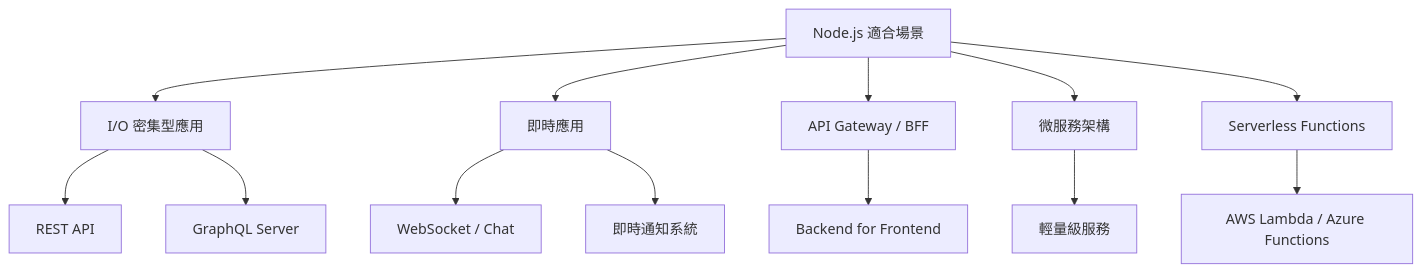
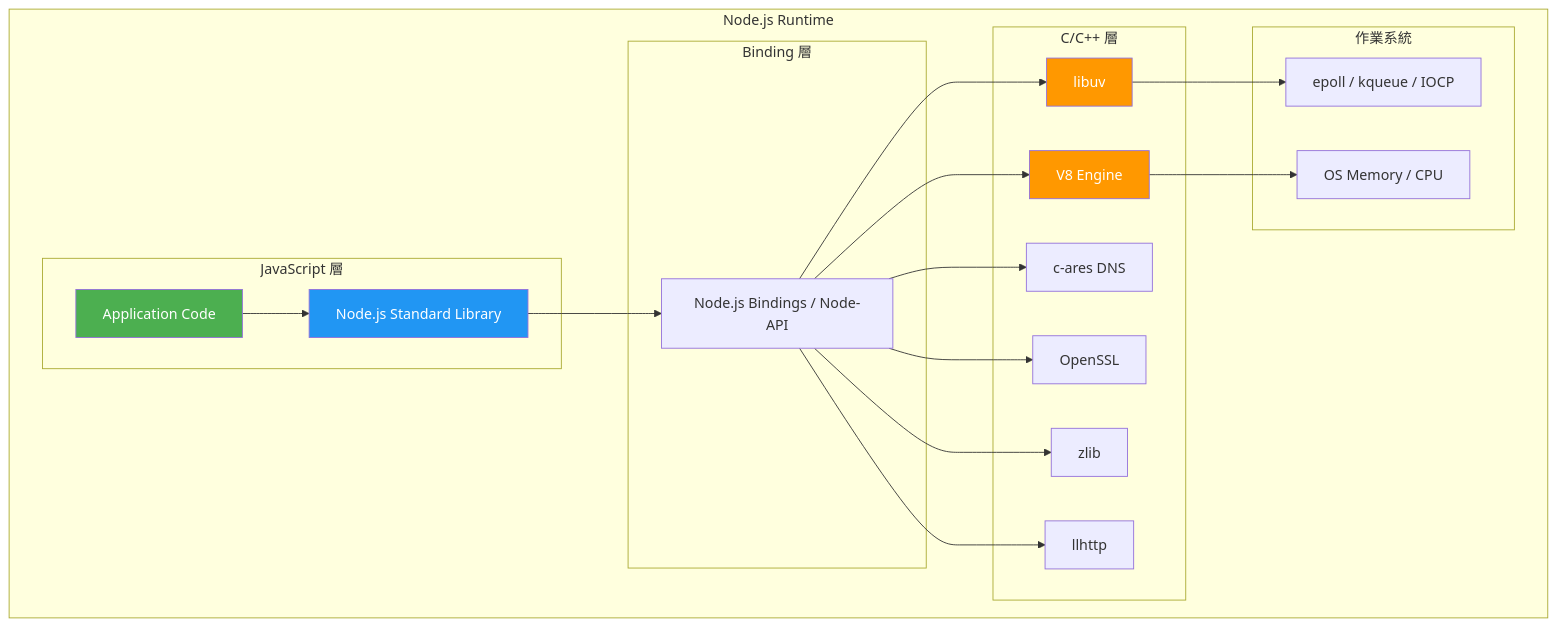
The first of 30 diagrams in content/posts/教學/framework/Node.js生態系教學手冊.md (chihhung/Blog), drawn with Mermaid before and after one commit. The commit also changed other lines of this file, not shown here.

Commit message:
更新 Node.js 生態系教學手冊

````diff
--- a/content/posts/教學/framework/Node.js生態系教學手冊.md
+++ b/content/posts/教學/framework/Node.js生態系教學手冊.md
@@ -136,16 +325,31 @@
 ```mermaid
-graph TD
-    A[Node.js 適合場景] --> B[I/O 密集型應用]
-    A --> C[即時應用]
-    A --> D[API Gateway / BFF]
-    A --> E[微服務架構]
-    A --> F[Serverless Functions]
+graph TB
+    subgraph "Node.js Runtime"
+        subgraph "JavaScript 層"
+            A[Application Code] --> B[Node.js Standard Library]
+        end
+        
+        subgraph "Binding 層"
+            B --> C[Node.js Bindings / Node-API]
+        end
+        
+        subgraph "C/C++ 層"
+            C --> D[V8 Engine]
+            C --> E[libuv]
+            C --> F[c-ares DNS]
+            C --> G[OpenSSL]
+            C --> H[zlib]
+            C --> I[llhttp]
+        end
+        
+        subgraph "作業系統"
+            E --> J[epoll / kqueue / IOCP]
+            D --> K[OS Memory / CPU]
+        end
+    end
     
-    B --> B1[REST API]
-    B --> B2[GraphQL Server]
-    C --> C1[WebSocket / Chat]
-    C --> C2[即時通知系統]
-    D --> D1[Backend for Frontend]
-    E --> E1[輕量級服務]
-    F --> F1[AWS Lambda / Azure Functions]
+    style A fill:#4CAF50,color:white
+    style B fill:#2196F3,color:white
+    style D fill:#FF9800,color:white
+    style E fill:#FF9800,color:white
 ```
````
